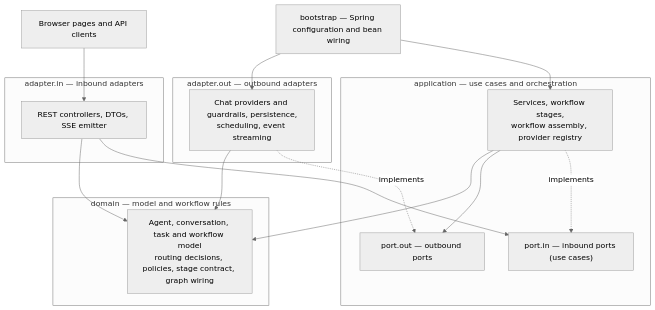
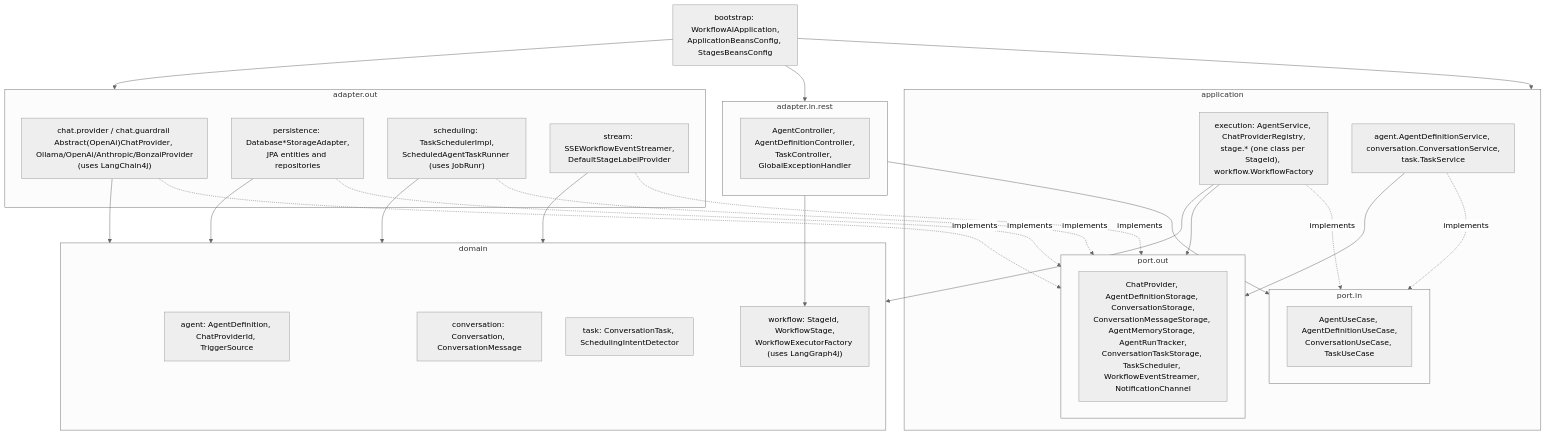
One commit to melmedany/workflow-ai changed the first of 6 diagrams in README.md. Above: the diagram before and after it, drawn with Mermaid (neutral theme). The commit also changed other lines of this file and 1 other file, not shown here.

````diff
--- a/README.md
+++ b/README.md
@@ -101,34 +103,51 @@
 ```mermaid
 flowchart TB
-    WEB["Browser pages and API clients"]
-
-    subgraph in_adapters["adapter.in — inbound adapters"]
-        REST["REST controllers, DTOs, SSE emitter"]
+    subgraph ADAPTER_IN["adapter.in.rest"]
+        CTRLS["AgentController, AgentDefinitionController,<br/>TaskController, GlobalExceptionHandler"]
     end
 
-    subgraph app["application — use cases and orchestration"]
-        PORT_IN["port.in — inbound ports (use cases)"]
-        CORE["Services, workflow stages,<br/>workflow assembly, provider registry"]
-        PORT_OUT["port.out — outbound ports"]
+    subgraph APPLICATION["application"]
+        subgraph PORT_IN["port.in"]
+            UC["AgentUseCase, AgentDefinitionUseCase,<br/>ConversationUseCase, TaskUseCase"]
+        end
+        EXEC["execution: AgentService, ChatProviderRegistry,<br/>stage.* (one class per StageId), workflow.WorkflowFactory"]
+        SERVICES["agent.AgentDefinitionService, conversation.ConversationService,<br/>task.TaskService"]
+        subgraph PORT_OUT["port.out"]
+            PORTS["ChatProvider, AgentDefinitionStorage, ConversationStorage,<br/>ConversationMessageStorage, AgentMemoryStorage, AgentRunTracker,<br/>ConversationTaskStorage, TaskScheduler, WorkflowEventStreamer, NotificationChannel"]
+        end
     end
 
-    subgraph dom["domain — model and workflow rules"]
-        DOMAIN["Agent, conversation, task and workflow model<br/>routing decisions, policies, stage contract, graph wiring"]
+    subgraph DOMAIN["domain"]
+        DAGENT["agent: AgentDefinition, ChatProviderId, TriggerSource"]
+        DCONV["conversation: Conversation, ConversationMessage"]
+        DTASK["task: ConversationTask, SchedulingIntentDetector"]
+        DWF["workflow: StageId, WorkflowStage,<br/>WorkflowExecutorFactory (uses LangGraph4j)"]
     end
 
-    subgraph out_adapters["adapter.out — outbound adapters"]
-        OUT["Chat providers and guardrails, persistence,<br/>scheduling, event streaming"]
+    subgraph ADAPTER_OUT["adapter.out"]
+        CHAT["chat.provider / chat.guardrail <br/>Abstract(OpenAi)ChatProvider, Ollama/OpenAi/Anthropic/BonzaiProvider<br/>(uses LangChain4j)"]
+        PERSIST["persistence: Database*StorageAdapter,<br/>JPA entities and repositories"]
+        SCHED["scheduling: TaskSchedulerImpl,<br/>ScheduledAgentTaskRunner (uses JobRunr)"]
+        STREAM["stream: SSEWorkflowEventStreamer,<br/>DefaultStageLabelProvider"]
     end
 
-    BOOT["bootstrap — Spring configuration and bean wiring"]
-    WEB --> REST
-    REST --> PORT_IN
-    CORE -. implements .-> PORT_IN
-    CORE --> PORT_OUT
-    CORE --> DOMAIN
-    REST --> DOMAIN
-    OUT -. implements .-> PORT_OUT
-    OUT --> DOMAIN
-    BOOT --> CORE
-    BOOT --> OUT
+    BOOTSTRAP["bootstrap: WorkflowAIApplication,<br/>ApplicationBeansConfig, StagesBeansConfig"]
+    ADAPTER_IN --> PORT_IN
+    ADAPTER_IN --> DWF
+    EXEC -. implements .-> PORT_IN
+    SERVICES -. implements .-> PORT_IN
+    EXEC --> PORT_OUT
+    EXEC --> DOMAIN
+    SERVICES --> PORT_OUT
+    CHAT -. implements .-> PORT_OUT
+    PERSIST -. implements .-> PORT_OUT
+    SCHED -. implements .-> PORT_OUT
+    STREAM -. implements .-> PORT_OUT
+    CHAT --> DOMAIN
+    PERSIST --> DOMAIN
+    SCHED --> DOMAIN
+    STREAM --> DOMAIN
+    BOOTSTRAP --> APPLICATION
+    BOOTSTRAP --> ADAPTER_IN
+    BOOTSTRAP --> ADAPTER_OUT
 ```
````
